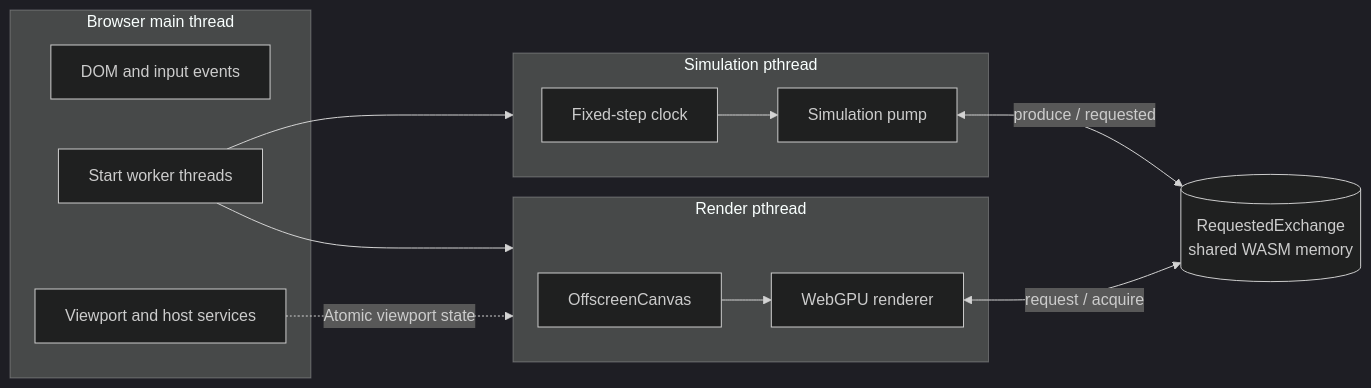
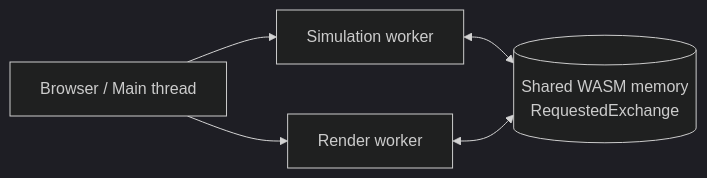
The first of 2 diagrams in README.md (algu1984/riviera-engine), drawn with Mermaid (dark theme) before and after one commit. The commit also changed other lines of this file, not shown here.

Commit message:
docs: simplify Mermaid architecture diagrams

````diff
--- a/README.md
+++ b/README.md
@@ -16,24 +16,11 @@
 ```mermaid
 flowchart LR
-    subgraph Main["Browser main thread"]
-        DOM["DOM and input events"]
-        Viewport["Viewport and host services"]
-        Start["Start worker threads"]
-    end
-    subgraph Sim["Simulation pthread"]
-        Clock["Fixed-step clock"]
-        Pump["Simulation pump"]
-        Clock --> Pump
-    end
-    subgraph Render["Render pthread"]
-        Canvas["OffscreenCanvas"]
-        GPU["WebGPU renderer"]
-        Canvas --> GPU
-    end
-    Exchange[("RequestedExchange<br/>shared WASM memory")]
-    Start --> Sim
-    Start --> Render
-    Viewport -. "Atomic viewport state" .-> Render
-    Pump <-->|"produce / requested"| Exchange
-    GPU <-->|"request / acquire"| Exchange
+    Browser["Browser / Main thread"]
+    Sim["Simulation worker"]
+    Render["Render worker"]
+    Shared[("Shared WASM memory<br/>RequestedExchange")]
+    Browser --> Sim
+    Browser --> Render
+    Sim <--> Shared
+    Render <--> Shared
 ```
````
